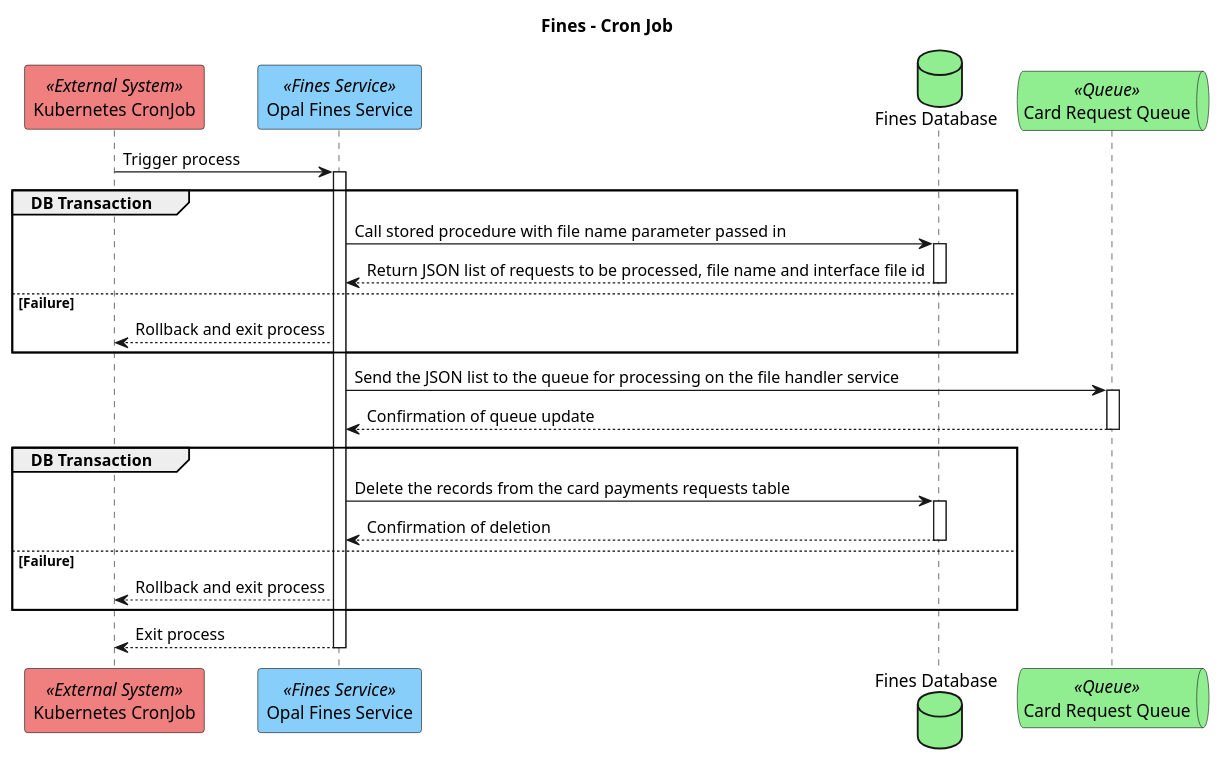
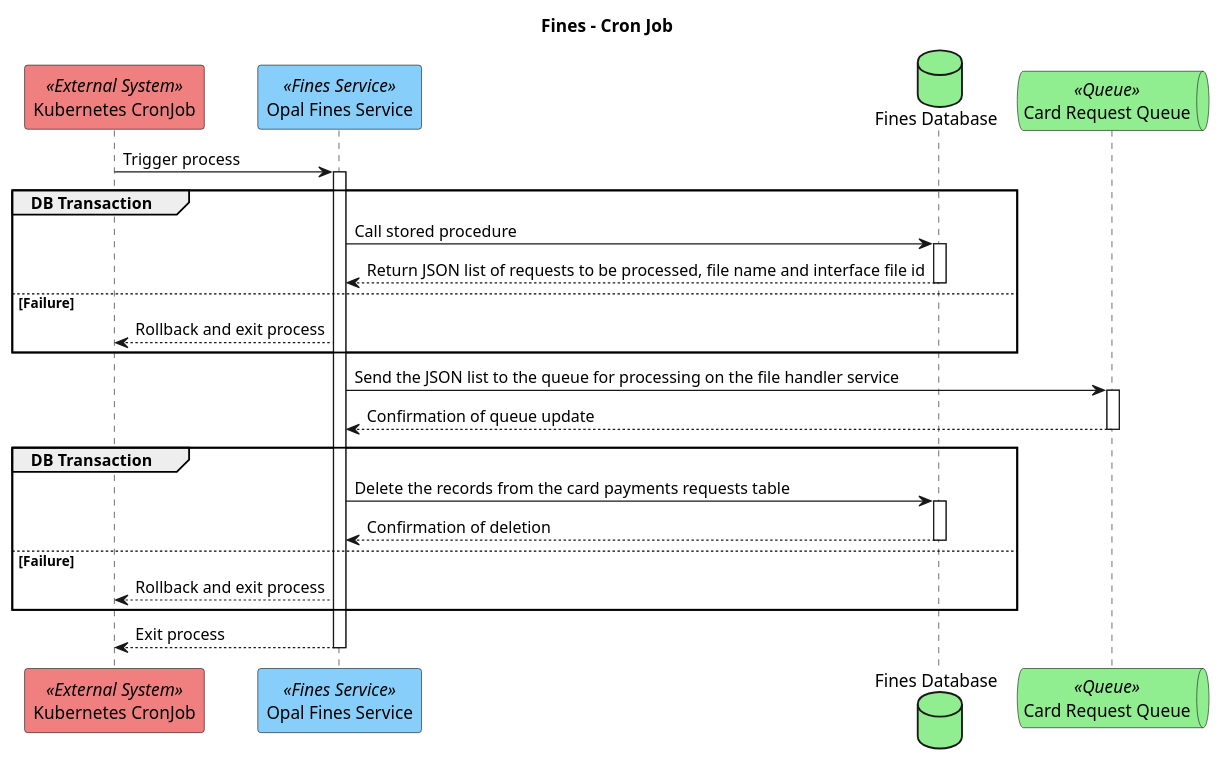
Before and after one commit to hmcts/opal-docs: the diagram in plantUML/external-interfaces/ei7-cron-job.puml, drawn with PlantUML.

Commit message:
Removing the parameter pass to the SP

```diff
--- a/plantUML/external-interfaces/ei7-cron-job.puml
+++ b/plantUML/external-interfaces/ei7-cron-job.puml
@@ -1,24 +1,24 @@
 @startuml
 title "Fines - Cron Job"
 participant "Kubernetes CronJob" as cronjob <<External System>> #LightCoral
 participant "Opal Fines Service" as finesService <<Fines Service>> #LightSkyBlue
 database "Fines Database" as finesDb #LightGreen
 queue "Card Request Queue" as cardRequestQueue <<Queue>> #lightgreen
 
 cronjob -> finesService ++ : Trigger process
 group DB Transaction
-    finesService -> finesDb ++ : Call stored procedure with file name parameter passed in
+    finesService -> finesDb ++ : Call stored procedure
     finesDb --> finesService -- : Return JSON list of requests to be processed, file name and interface file id
 else Failure
     finesService --> cronjob : Rollback and exit process
 end
 finesService -> cardRequestQueue ++ : Send the JSON list to the queue for processing on the file handler service
 cardRequestQueue --> finesService -- : Confirmation of queue update
 group DB Transaction
     finesService -> finesDb ++ : Delete the records from the card payments requests table
     finesDb --> finesService -- : Confirmation of deletion
 else Failure
     finesService --> cronjob : Rollback and exit process
 end
 finesService --> cronjob -- : Exit process
 @enduml
```
